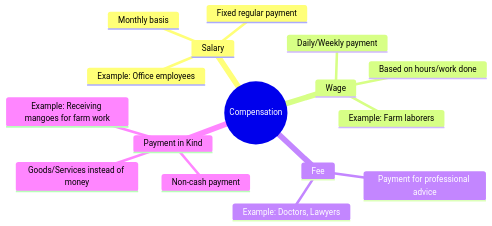
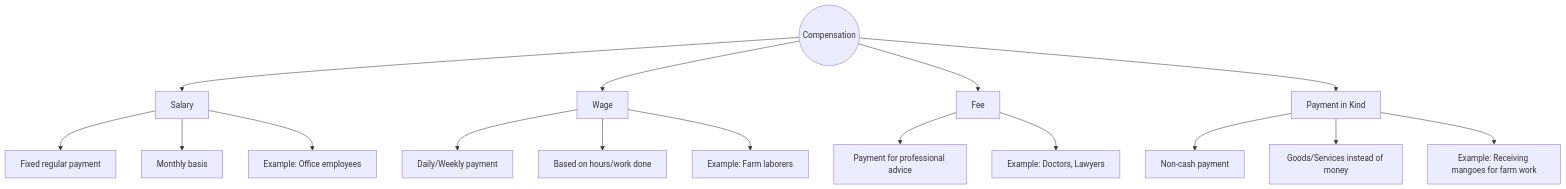
The diagram in resource/6th/social-science/13/topics/02-compensation-and-value-addition.mdx (cbse-media/content), drawn with Mermaid before and after one commit. The commit also changed other lines of this file and 33 other files, not shown here.

````diff
--- a/resource/6th/social-science/13/topics/02-compensation-and-value-addition.mdx
+++ b/resource/6th/social-science/13/topics/02-compensation-and-value-addition.mdx
@@ -16,19 +16,23 @@
 ```mermaid
-mindmap
+graph TD
   root((Compensation))
-    Salary
-      Fixed regular payment
-      Monthly basis
-      Example: Office employees
-    Wage
-      Daily/Weekly payment
-      Based on hours/work done
-      Example: Farm laborers
-    Fee
-      Payment for professional advice
-      Example: Doctors, Lawyers
-    Payment in Kind
-      Non-cash payment
-      Goods/Services instead of money
-      Example: Receiving mangoes for farm work
+  root --> Salary
+  root --> Wage
+  root --> Fee
+  root --> Kind[Payment in Kind]
+
+  Salary --> Fixed["Fixed regular payment"]
+  Salary --> Monthly["Monthly basis"]
+  Salary --> ExampleS["Example: Office employees"]
+
+  Wage --> DailyWeekly["Daily/Weekly payment"]
+  Wage --> BasedWork["Based on hours/work done"]
+  Wage --> ExampleW["Example: Farm laborers"]
+
+  Fee --> ProfAdvice["Payment for professional advice"]
+  Fee --> ExampleF["Example: Doctors, Lawyers"]
+
+  Kind --> NonCash["Non-cash payment"]
+  Kind --> GoodsServices["Goods/Services instead of money"]
+  Kind --> ExampleK["Example: Receiving mangoes for farm work"]
 ```
````
